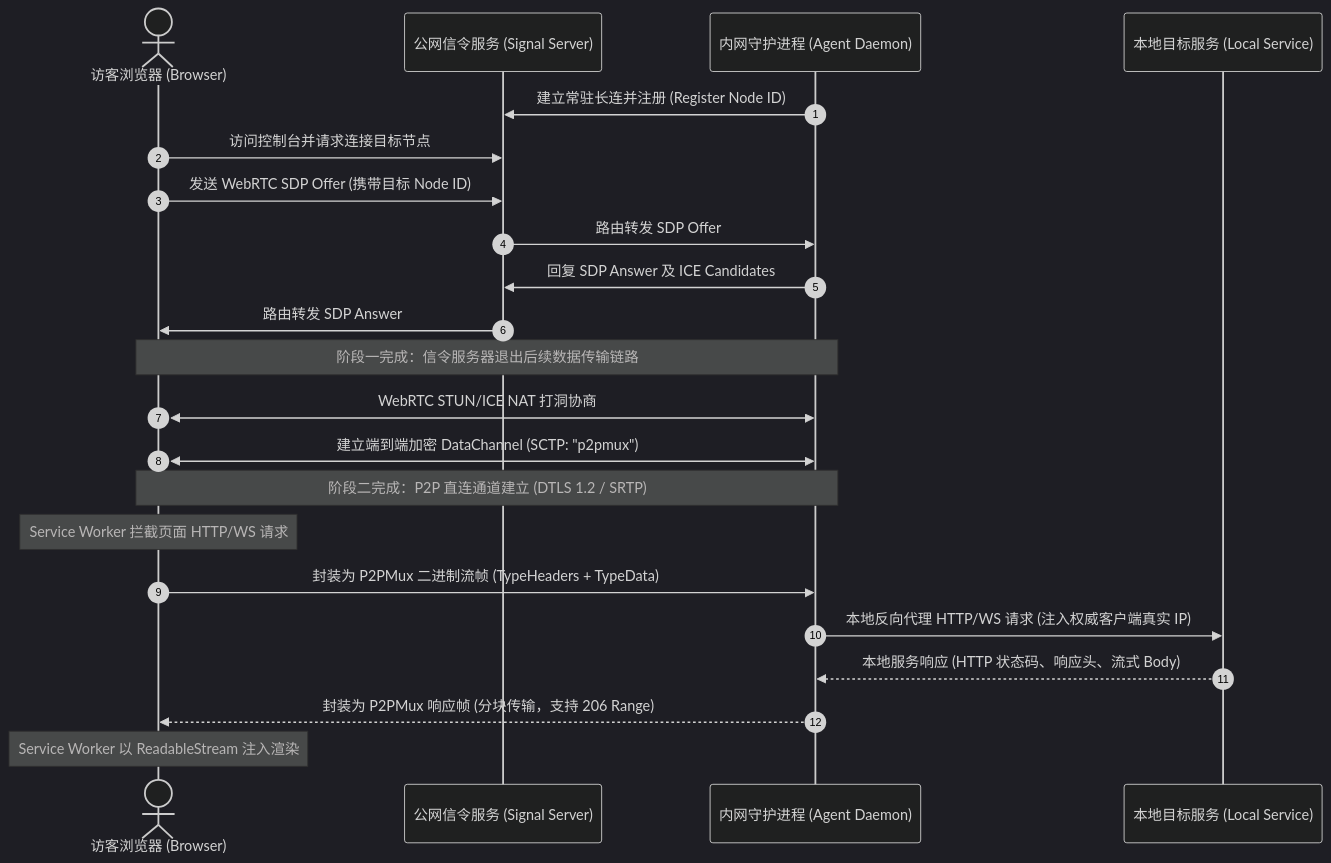
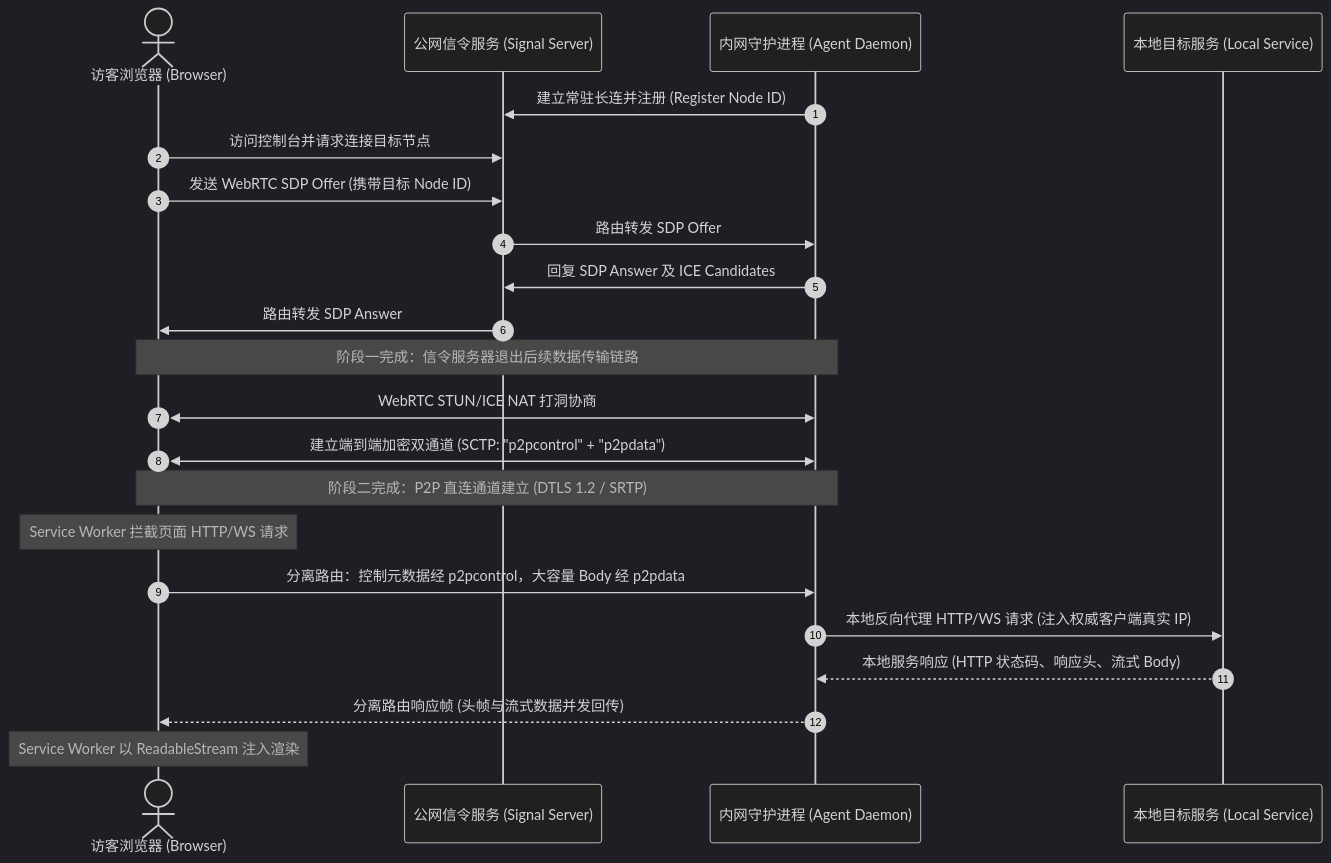
Before and after one commit to BeingNoAbility/WebRTC-Gateway: the diagram in docs/guide/architecture.md, drawn with Mermaid (dark theme). The commit also changed other lines of this file and 9 other files, not shown here.

Commit message:
docs: align documentation suite with v2.3 dual-channel architecture and benchmark reports

````diff
--- a/docs/guide/architecture.md
+++ b/docs/guide/architecture.md
@@ -12,27 +12,27 @@
 ```mermaid
 sequenceDiagram
     autonumber
     actor Visitor as 访客浏览器 (Browser)
     participant Signal as 公网信令服务 (Signal Server)
     participant Agent as 内网守护进程 (Agent Daemon)
     participant Target as 本地目标服务 (Local Service)
 
     Agent->>Signal: 建立常驻长连并注册 (Register Node ID)
     Visitor->>Signal: 访问控制台并请求连接目标节点
     Visitor->>Signal: 发送 WebRTC SDP Offer (携带目标 Node ID)
     Signal->>Agent: 路由转发 SDP Offer
     Agent->>Signal: 回复 SDP Answer 及 ICE Candidates
     Signal->>Visitor: 路由转发 SDP Answer
     Note over Visitor,Agent: 阶段一完成：信令服务器退出后续数据传输链路
 
     Visitor<<->>Agent: WebRTC STUN/ICE NAT 打洞协商
-    Visitor<<->>Agent: 建立端到端加密 DataChannel (SCTP: "p2pmux")
+    Visitor<<->>Agent: 建立端到端加密双通道 (SCTP: "p2pcontrol" + "p2pdata")
     Note over Visitor,Agent: 阶段二完成：P2P 直连通道建立 (DTLS 1.2 / SRTP)
 
     Note over Visitor: Service Worker 拦截页面 HTTP/WS 请求
-    Visitor->>Agent: 封装为 P2PMux 二进制流帧 (TypeHeaders + TypeData)
+    Visitor->>Agent: 分离路由：控制元数据经 p2pcontrol，大容量 Body 经 p2pdata
     Agent->>Target: 本地反向代理 HTTP/WS 请求 (注入权威客户端真实 IP)
     Target-->>Agent: 本地服务响应 (HTTP 状态码、响应头、流式 Body)
-    Agent-->>Visitor: 封装为 P2PMux 响应帧 (分块传输，支持 206 Range)
+    Agent-->>Visitor: 分离路由响应帧 (头帧与流式数据并发回传)
     Note over Visitor: Service Worker 以 ReadableStream 注入渲染
 ```
````
